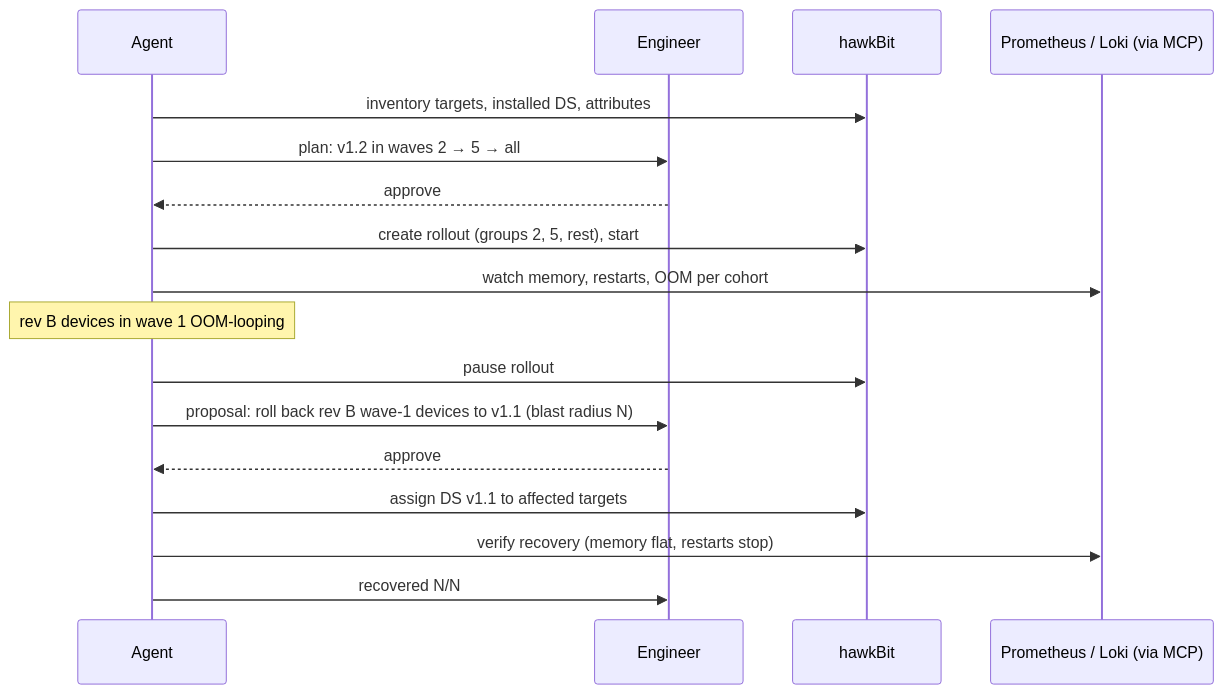
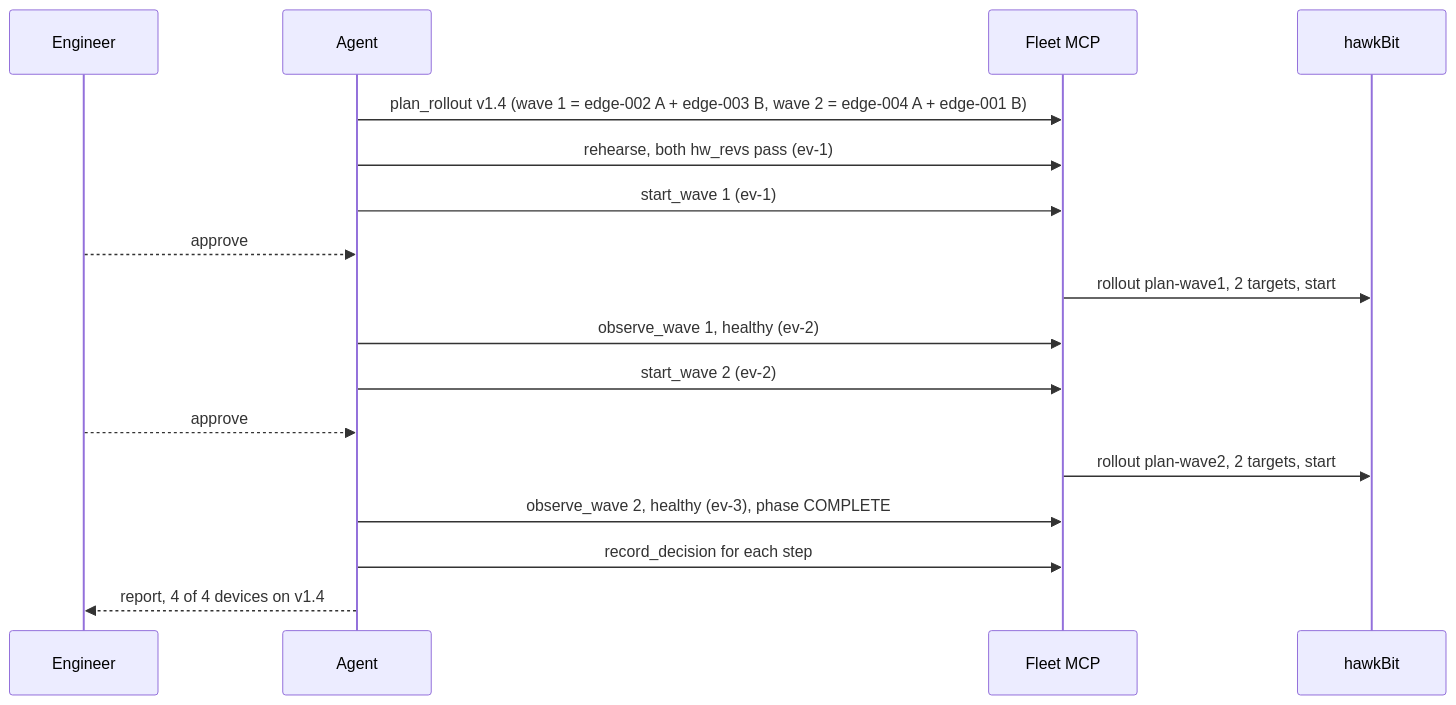
Before and after one commit to phoenixsac/wavebreak: diagram 14 of 16 in docs/architecture.md, drawn with Mermaid. The commit also changed other lines of this file and 1 other file, not shown here.

First line of the commit message:
Reconcile architecture docs with code

````diff
--- a/docs/architecture.md
+++ b/docs/architecture.md
@@ -300,20 +482,20 @@
 ```mermaid
 sequenceDiagram
-    participant Ag as Agent
     participant Eng as Engineer
+    participant A as Agent
+    participant S as Fleet MCP
     participant HB as hawkBit
-    participant Obs as Prometheus / Loki (via MCP)
 
-    Ag->>HB: inventory targets, installed DS, attributes
-    Ag->>Eng: plan: v1.2 in waves 2 → 5 → all
-    Eng-->>Ag: approve
-    Ag->>HB: create rollout (groups 2, 5, rest), start
-    Ag->>Obs: watch memory, restarts, OOM per cohort
-    Note over Ag: rev B devices in wave 1 OOM-looping
-    Ag->>HB: pause rollout
-    Ag->>Eng: proposal: roll back rev B wave-1 devices to v1.1 (blast radius N)
-    Eng-->>Ag: approve
-    Ag->>HB: assign DS v1.1 to affected targets
-    Ag->>Obs: verify recovery (memory flat, restarts stop)
-    Ag->>Eng: recovered N/N
+    A->>S: plan_rollout v1.4 (wave 1 = edge-002 A + edge-003 B, wave 2 = edge-004 A + edge-001 B)
+    A->>S: rehearse, both hw_revs pass (ev-1)
+    A->>S: start_wave 1 (ev-1)
+    Eng-->>A: approve
+    S->>HB: rollout plan-wave1, 2 targets, start
+    A->>S: observe_wave 1, healthy (ev-2)
+    A->>S: start_wave 2 (ev-2)
+    Eng-->>A: approve
+    S->>HB: rollout plan-wave2, 2 targets, start
+    A->>S: observe_wave 2, healthy (ev-3), phase COMPLETE
+    A->>S: record_decision for each step
+    A-->>Eng: report, 4 of 4 devices on v1.4
 ```
````
